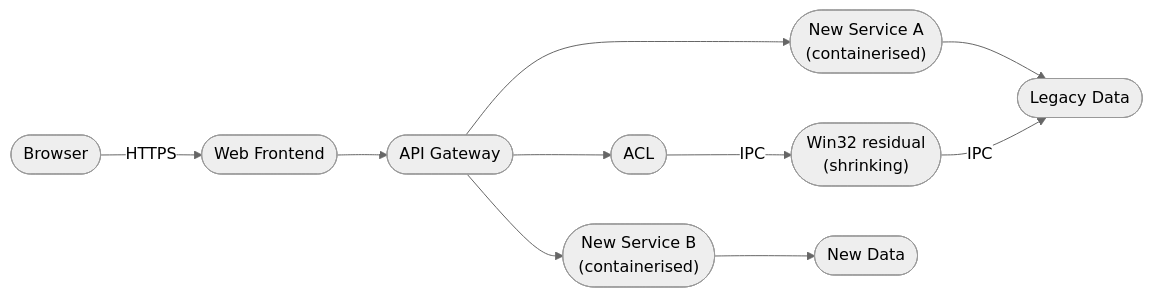
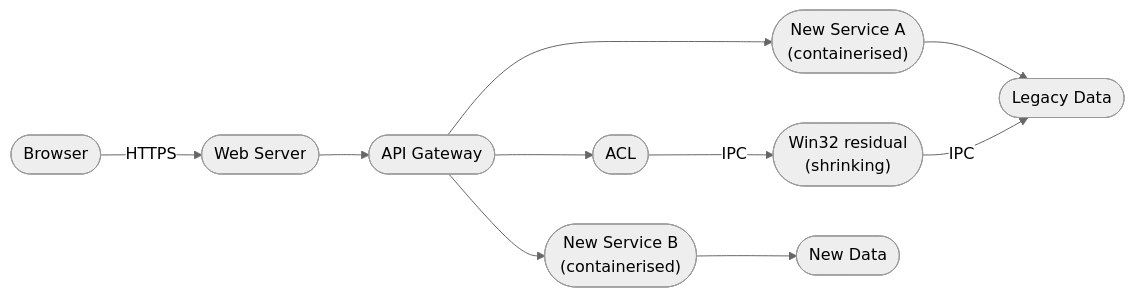
The third of 5 diagrams in docs/kb/win32-monolith/win32-monolith.md (DBJARH/DBJ_METHOD_STG), drawn with Mermaid (neutral theme) before and after one commit. The commit also changed other lines of this file, not shown here.

````diff
--- a/docs/kb/win32-monolith/win32-monolith.md
+++ b/docs/kb/win32-monolith/win32-monolith.md
@@ -99,20 +99,20 @@
 ```mermaid
 graph LR
     B(["Browser"])
-    WF(["Web Frontend"])
+    WF(["Web Server"])
     GW(["API Gateway"])
     SvcA(["New Service A<br/>(containerised)"])
     SvcB(["New Service B<br/>(containerised)"])
     ACL(["ACL"])
     WIN(["Win32 residual<br/>(shrinking)"])
     DB(["Legacy Data"])
     DBN(["New Data"])
 
     B -->|HTTPS| WF
     WF --> GW
     GW --> SvcA --> DB
     GW --> SvcB --> DBN
     GW --> ACL
     ACL -->|IPC| WIN
     WIN -->|IPC| DB
 ```
````
